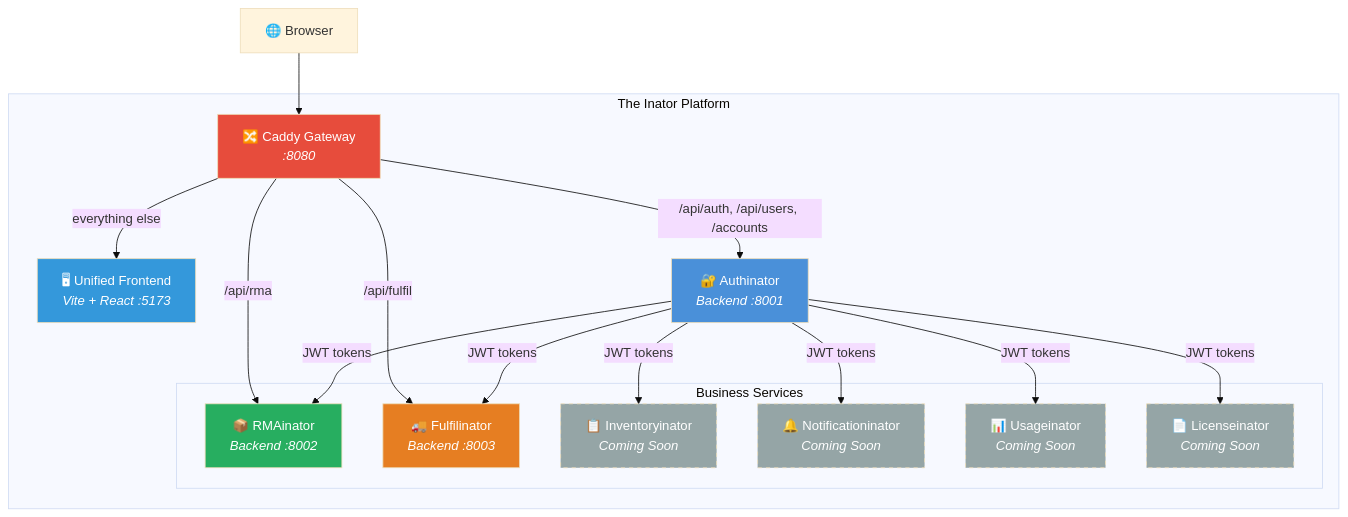
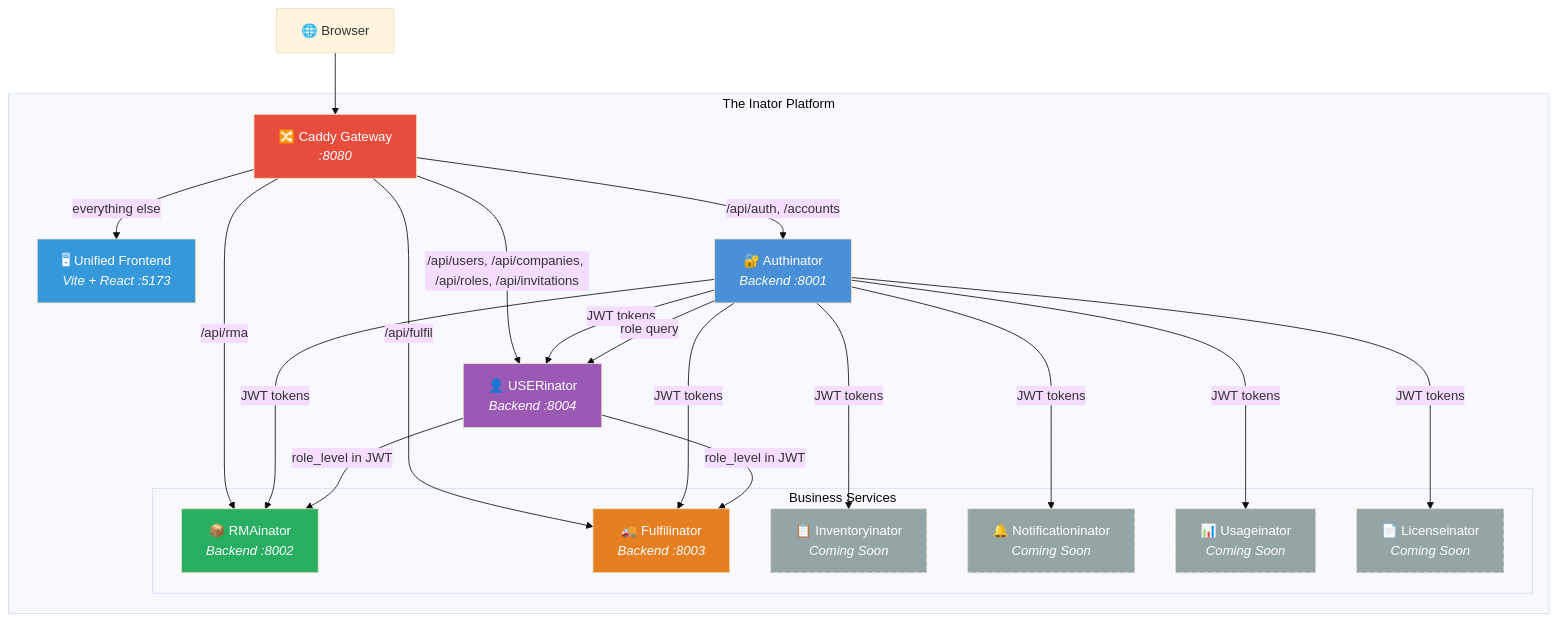
Before and after one commit to losomode/inator: the diagram in README.md, drawn with Mermaid (base theme). The commit also changed other lines of this file and 1 other file, not shown here.

First line of the commit message:
docs: add USERinator to README and INATOR.md

````diff
--- a/README.md
+++ b/README.md
@@ -11,41 +11,48 @@
 ```mermaid
 graph TB
     CLIENT[🌐 Browser] --> CADDY
 
     subgraph "The Inator Platform"
         CADDY[🔀 Caddy Gateway<br/><i>:8080</i>]
         FE[🖥 Unified Frontend<br/><i>Vite + React :5173</i>]
         AUTH[🔐 Authinator<br/><i>Backend :8001</i>]
+        USER[👤 USERinator<br/><i>Backend :8004</i>]
 
         subgraph "Business Services"
             RMA[📦 RMAinator<br/><i>Backend :8002</i>]
             FULFIL[🚚 Fulfilinator<br/><i>Backend :8003</i>]
             INV[📋 Inventoryinator<br/><i>Coming Soon</i>]
             NOTIF[🔔 Notificationinator<br/><i>Coming Soon</i>]
             USAGE[📊 Usageinator<br/><i>Coming Soon</i>]
             LIC[📄 Licenseinator<br/><i>Coming Soon</i>]
         end
     end
 
-    CADDY -->|/api/auth, /api/users, /accounts| AUTH
+    CADDY -->|/api/auth, /accounts| AUTH
+    CADDY -->|/api/users, /api/companies, /api/roles, /api/invitations| USER
     CADDY -->|/api/rma| RMA
     CADDY -->|/api/fulfil| FULFIL
     CADDY -->|everything else| FE
 
     AUTH -- JWT tokens --> RMA
     AUTH -- JWT tokens --> FULFIL
+    AUTH -- JWT tokens --> USER
     AUTH -- JWT tokens --> INV
     AUTH -- JWT tokens --> NOTIF
     AUTH -- JWT tokens --> USAGE
     AUTH -- JWT tokens --> LIC
+    AUTH -- role query --> USER
+    USER -- role_level in JWT --> RMA
+    USER -- role_level in JWT --> FULFIL
 
     style CADDY fill:#e74c3c,color:#fff
     style FE fill:#3498db,color:#fff
     style AUTH fill:#4a90d9,color:#fff
+    style USER fill:#9b59b6,color:#fff
     style RMA fill:#27ae60,color:#fff
     style FULFIL fill:#e67e22,color:#fff
     style INV fill:#95a5a6,color:#fff,stroke-dasharray: 5 5
     style NOTIF fill:#95a5a6,color:#fff,stroke-dasharray: 5 5
     style USAGE fill:#95a5a6,color:#fff,stroke-dasharray: 5 5
     style LIC fill:#95a5a6,color:#fff,stroke-dasharray: 5 5
 ```
````
